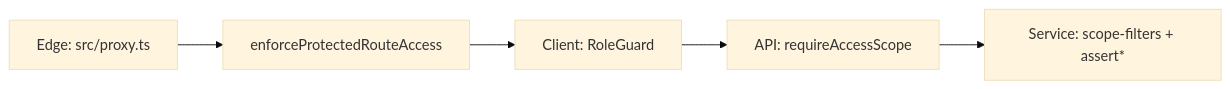
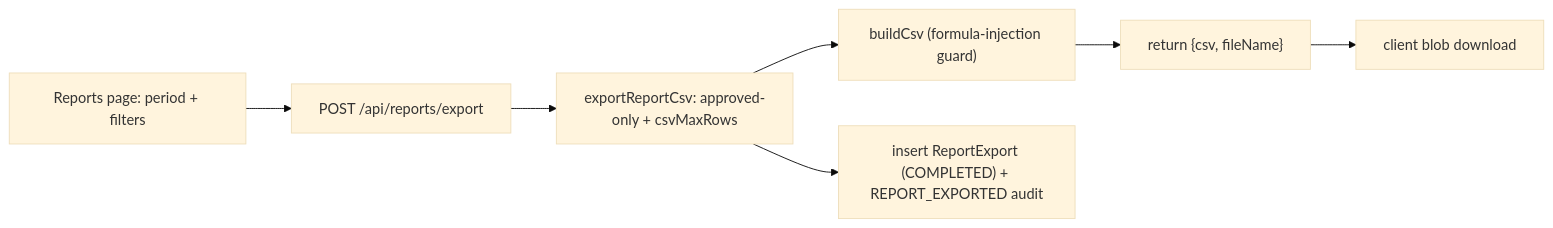
The eighth of 10 diagrams in SYSTEM_FLOW.md (muhammadjamshed7/dispatcher-performance-platform), drawn with Mermaid (base theme) before and after one commit. The commit also changed other lines of this file and 32 other files, not shown here.

````diff
--- a/SYSTEM_FLOW.md
+++ b/SYSTEM_FLOW.md
@@ -405,7 +913,9 @@
 ```mermaid
 flowchart LR
-  A["Edge: src/proxy.ts"] --> B["enforceProtectedRouteAccess"]
-  B --> C["Client: RoleGuard"]
-  C --> D["API: requireAccessScope"]
-  D --> E["Service: scope-filters + assert*"]
+  A["Reports page: period + filters"] --> B["POST /api/reports/export"]
+  B --> C["exportReportCsv: approved-only + csvMaxRows"]
+  C --> D["buildCsv (formula-injection guard)"]
+  C --> E["insert ReportExport (COMPLETED) + REPORT_EXPORTED audit"]
+  D --> F["return {csv, fileName}"]
+  F --> G["client blob download"]
 ```
````
